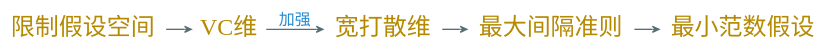
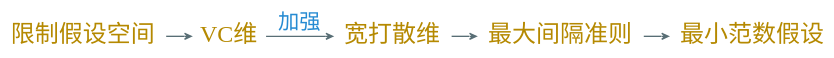
One commit to Avanti1980/presentation changed the diagram in dot/vc2margin.dot. Above: the diagram before and after it, drawn with Graphviz. The commit also changed 151 other files, not shown here.

```diff
--- a/dot/vc2margin.dot
+++ b/dot/vc2margin.dot
@@ -1,11 +1,11 @@
 digraph g {
     graph [nodesep=0.35, ranksep=0.25]
     rankdir=LR
-    node [shape=plaintext fontname="EBG,LXGW" fontcolor="#b58900" fontsize=18]
-    edge [arrowhead=vee color="#586e75" fontname="EBG,LXGW" fontcolor="#268bd2" fontsize=12 arrowsize=0.5]
+    node [shape=plaintext fontname="LXGWWenKai" fontcolor="#b58900" fontsize=18]
+    edge [arrowhead=vee color="#586e75" fontname="LXGWWenKai" fontcolor="#268bd2" fontsize=16 arrowsize=0.5]
     bgcolor="transparent"
 
     限制假设空间 -> VC维
     VC维 -> 宽打散维 [label="加强"]
     宽打散维 -> 最大间隔准则 -> 最小范数假设
 }
```
